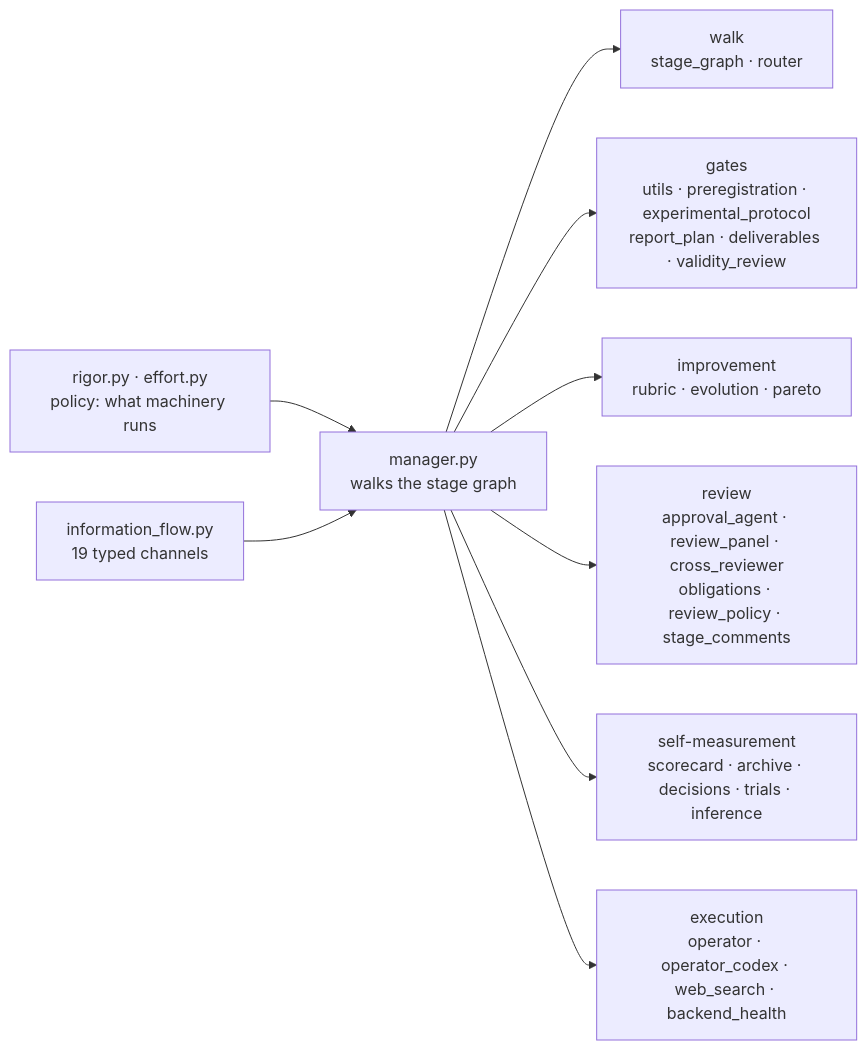
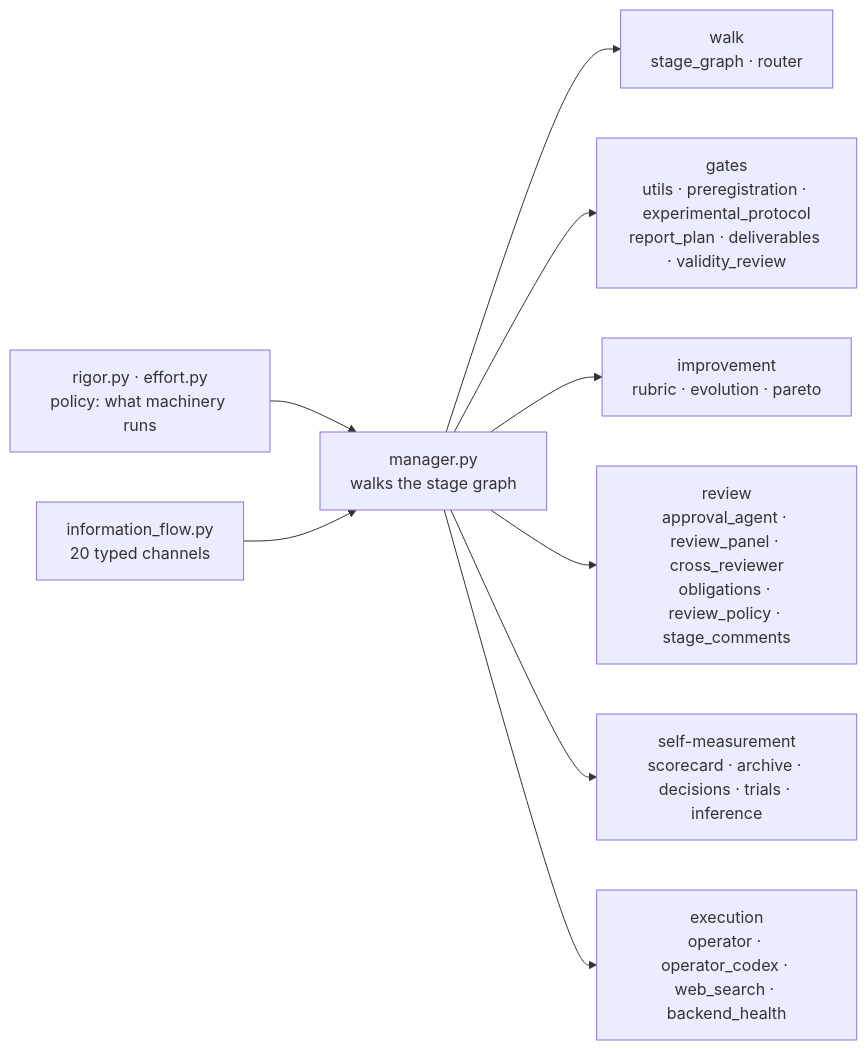
One commit to tangxiangru/AutoR changed the second of 2 diagrams in README.md. Above: the diagram before and after it, drawn with Mermaid. The commit also changed other lines of this file and 36 other files, not shown here.

````diff
--- a/README.md
+++ b/README.md
@@ -749,11 +765,11 @@
 ```mermaid
 flowchart LR
     P[rigor.py · effort.py<br/>policy: what machinery runs] --> M
-    C[information_flow.py<br/>19 typed channels] --> M
+    C[information_flow.py<br/>20 typed channels] --> M
     M[manager.py<br/>walks the stage graph] --> W[walk<br/>stage_graph · router]
     M --> G[gates<br/>utils · preregistration · experimental_protocol<br/>report_plan · deliverables · validity_review]
     M --> I[improvement<br/>rubric · evolution · pareto]
     M --> R[review<br/>approval_agent · review_panel · cross_reviewer<br/>obligations · review_policy · stage_comments]
     M --> S[self-measurement<br/>scorecard · archive · decisions · trials · inference]
     M --> X[execution<br/>operator · operator_codex · web_search · backend_health]
 ```
````
